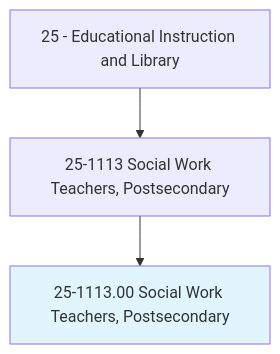
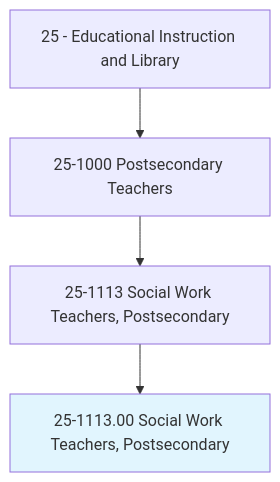
One commit to kziemski/business.org.ai changed the first of 4 diagrams in occupations/Education/SocialWorkTeachersPostsecondary.mdx. Above: the diagram before and after it, drawn with Mermaid. The commit also changed other lines of this file and 938 other files, not shown here.

````diff
--- a/occupations/Education/SocialWorkTeachersPostsecondary.mdx
+++ b/occupations/Education/SocialWorkTeachersPostsecondary.mdx
@@ -19,6 +23,7 @@
 ```mermaid
 graph TD
-    Cat25["25 - Educational Instruction and Library"] --> Group251113["25-1113 Social Work Teachers, Postsecondary"]
+    Cat25["25 - Educational Instruction and Library"] --> Group251["25-1000 Postsecondary Teachers"]
+    Group251 --> Group251113["25-1113 Social Work Teachers, Postsecondary"]
     Group251113 --> Current["25-1113.00 Social Work Teachers, Postsecondary"]
     style Current fill:#e1f5fe
 ```
````
